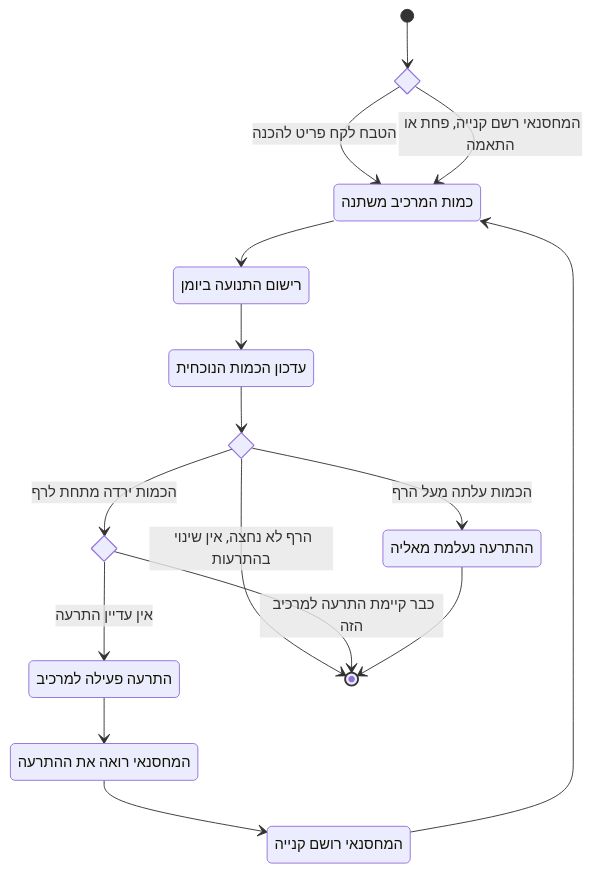
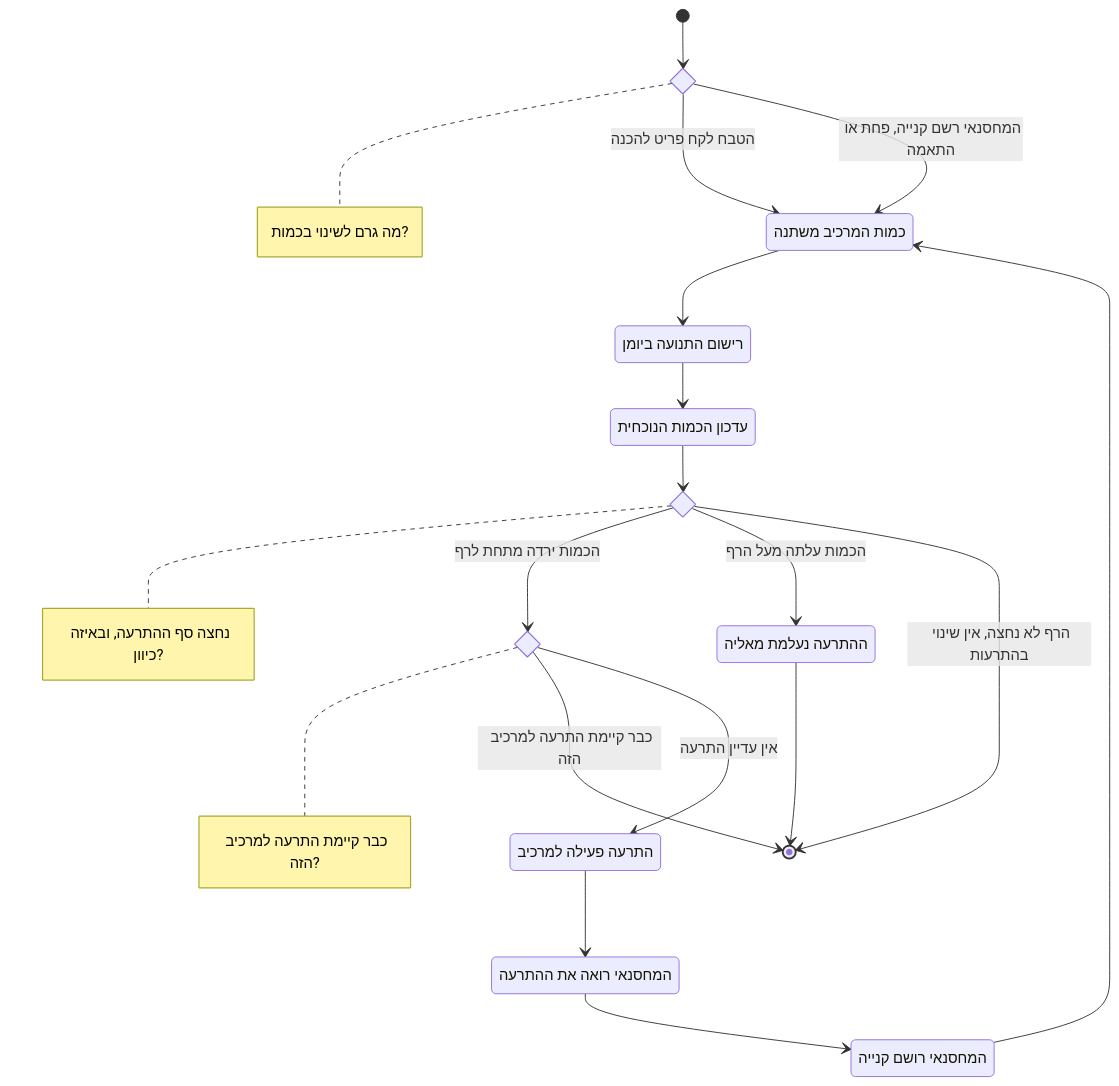
The diagram in מסמכים/הגשה/diagrams/activity-low-stock-alert.md (RonZaretsky/Restaurant-Kitchen-Management-System), drawn with Mermaid before and after one commit. The commit also changed 6 other files, not shown here.

First line of the commit message:
Add a question note to every choice diamond in the Activity diagrams

````diff
--- a/מסמכים/הגשה/diagrams/activity-low-stock-alert.md
+++ b/מסמכים/הגשה/diagrams/activity-low-stock-alert.md
@@ -3,32 +3,36 @@
 ```mermaid
 stateDiagram-v2
     direction TB
 
     state "כמות המרכיב משתנה" as change
     state "רישום התנועה ביומן" as log
     state "עדכון הכמות הנוכחית" as update
     state "התרעה פעילה למרכיב" as active
     state "ההתרעה נעלמת מאליה" as clear
     state "המחסנאי רואה את ההתרעה" as seen
     state "המחסנאי רושם קנייה" as purchase
 
     state source <<choice>>
     state crossed <<choice>>
     state already <<choice>>
+
+    note right of source : מה גרם לשינוי בכמות?
+    note right of crossed : נחצה סף ההתרעה, ובאיזה כיוון?
+    note right of already : כבר קיימת התרעה למרכיב הזה?
 
     [*] --> source
     source --> change : הטבח לקח פריט להכנה
     source --> change : המחסנאי רשם קנייה, פחת או התאמה
     change --> log
     log --> update
     update --> crossed
     crossed --> already : הכמות ירדה מתחת לרף
     crossed --> clear : הכמות עלתה מעל הרף
     crossed --> [*] : הרף לא נחצה, אין שינוי בהתרעות
     already --> [*] : כבר קיימת התרעה למרכיב הזה
     already --> active : אין עדיין התרעה
     active --> seen
     seen --> purchase
     purchase --> change
     clear --> [*]
 ```
````
